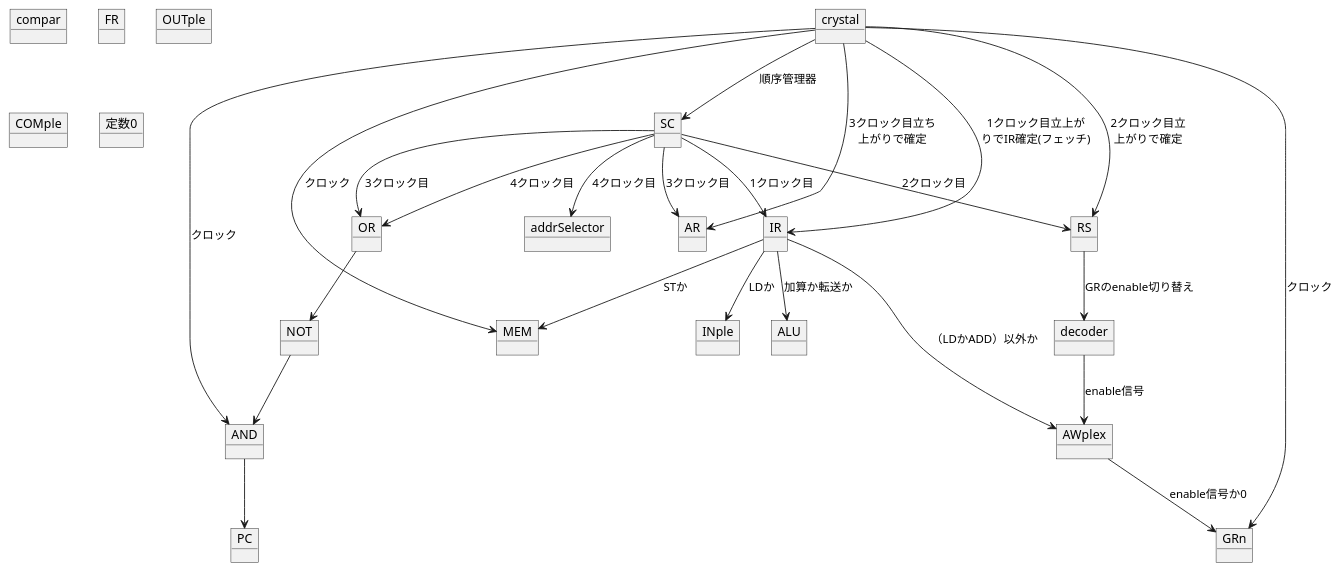
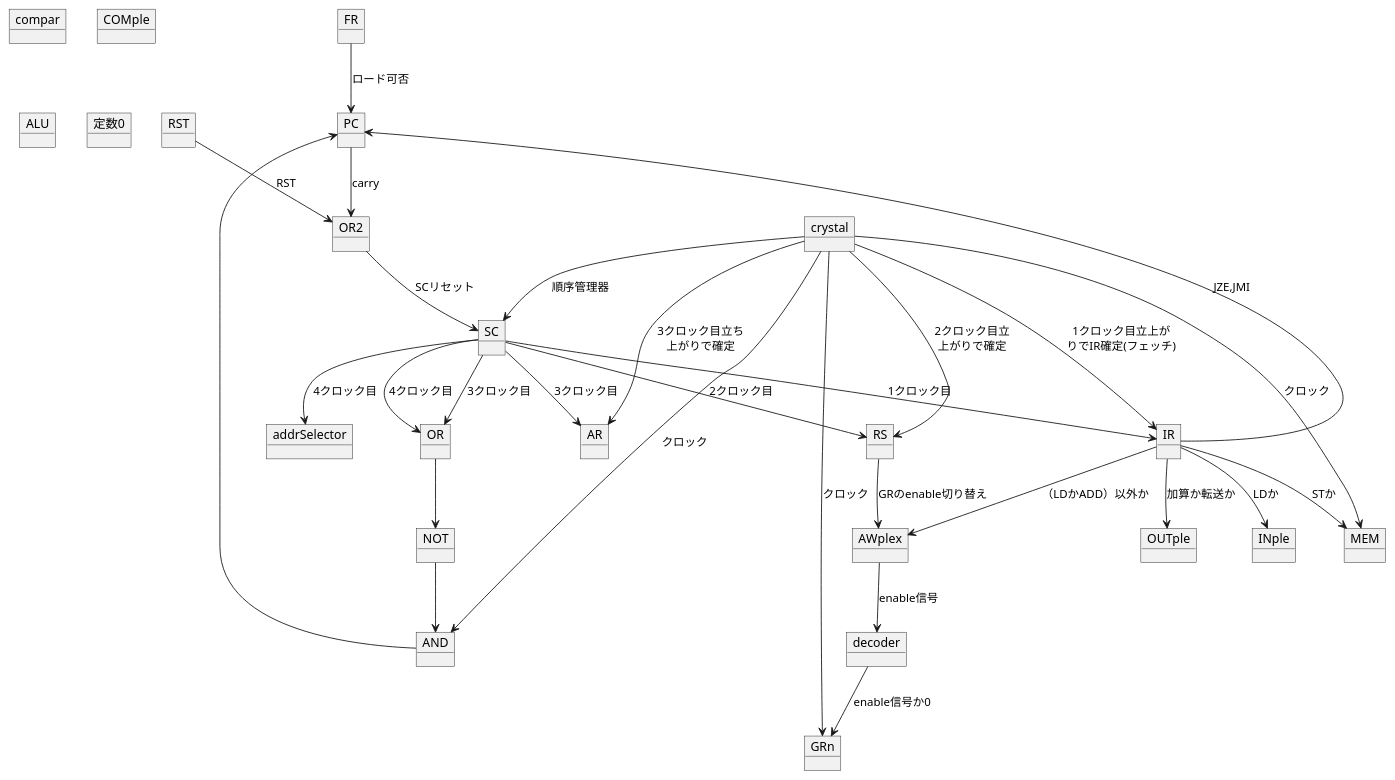
The second of 2 diagrams in note.md (SeiyaIwabuchi/myCPU-2), drawn with PlantUML before and after one commit. The commit also changed other lines of this file and 4 other files, not shown here.

````diff
--- a/note.md
+++ b/note.md
@@ -112,50 +116,55 @@
 ```plantuml
 @startuml
 object PC
 object MEM
 object IR
 object GRn
 object compar
 object FR
 object crystal
 object SC
 object RS
 object INple
 object OUTple
 object COMple
 object decoder
 object ALU
 object 定数0
 object AWplex
 object AR
 object addrSelector
 object OR
+object OR2
 object NOT
 object AND
+object RST
 crystal --> SC:順序管理器
-
 crystal --> AND:クロック
 SC --> OR:3クロック目
 SC --> OR:4クロック目
 OR --> NOT
 NOT --> AND
 AND --> PC
 SC --> IR:1クロック目
 crystal --> IR:1クロック目立上が\nりでIR確定(フェッチ)
-RS --> decoder:GRのenable切り替え
+RS --> AWplex:GRのenable切り替え
 crystal --> RS:2クロック目立\n上がりで確定
 SC --> RS:2クロック目
 IR --> AWplex:（LDかADD）以外か
-decoder --> AWplex:enable信号
-AWplex --> GRn:enable信号か0
+AWplex --> decoder:enable信号
+decoder --> GRn:enable信号か0
 crystal --> GRn:クロック
 crystal --> MEM:クロック
-IR --> ALU:加算か転送か
+IR --> OUTple:加算か転送か
 IR --> INple:LDか
 IR --> MEM:STか
 crystal --> AR:3クロック目立ち\n上がりで確定
 SC --> AR:3クロック目
 SC --> addrSelector:4クロック目
-
+PC --> OR2:carry
+RST --> OR2:RST
+OR2 --> SC:SCリセット
+IR --> PC:JZE,JMI
+FR --> PC:ロード可否
 @enduml
 ```
````
